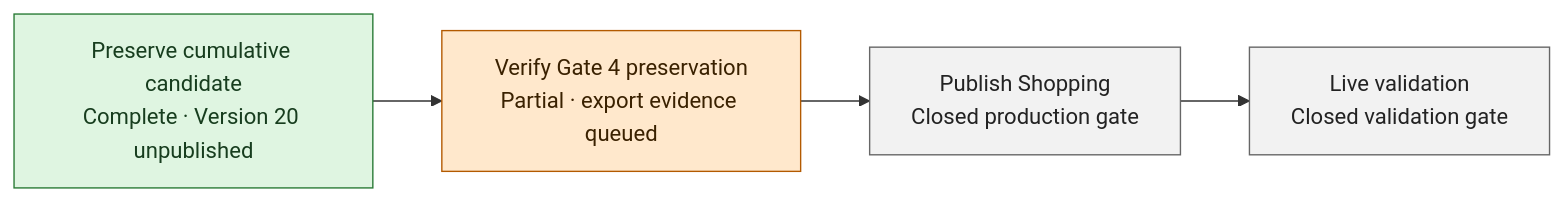
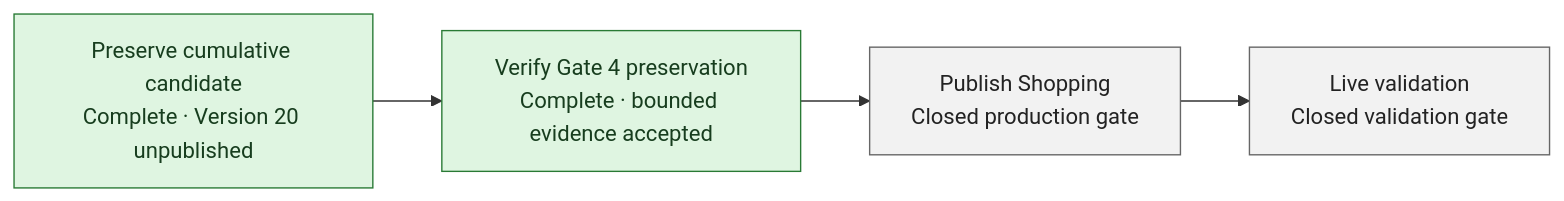
One commit to nguyenk06/book-collection-design changed the diagram in docs/PROJECT_DASHBOARD.md. Above: the diagram before and after it, drawn with Mermaid. The commit also changed other lines of this file and 11 other files, not shown here.

Commit message:
docs: accept Gate 4 evidence and drain queue

````diff
--- a/docs/PROJECT_DASHBOARD.md
+++ b/docs/PROJECT_DASHBOARD.md
@@ -30,16 +30,16 @@
 ```mermaid
 flowchart LR
     A["Preserve cumulative candidate<br/>Complete · Version 20 unpublished"]
-    B["Verify Gate 4 preservation<br/>Partial · export evidence queued"]
+    B["Verify Gate 4 preservation<br/>Complete · bounded evidence accepted"]
     C["Publish Shopping<br/>Closed production gate"]
     D["Live validation<br/>Closed validation gate"]
 
     A --> B --> C --> D
 
     classDef complete fill:#dff5e1,stroke:#297a35,color:#173d1e
     classDef partial fill:#ffe8cc,stroke:#b35a00,color:#3a2100
     classDef closed fill:#f2f2f2,stroke:#666,color:#222
     class A complete
-    class B partial
+    class B complete
     class C,D closed
 ```
````
